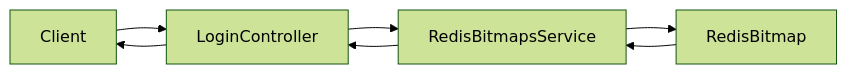
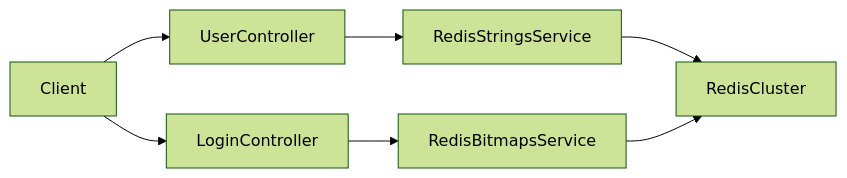
The fourth of 5 diagrams in _posts/study/sparta/designing-with-redis-and-kafka/2026-07-15-try-using-strings-and-bitmaps.md (ysiksik/ysiksik.github.io), drawn with Mermaid (forest theme) before and after one commit. The commit also changed other lines of this file and 2 other files, not shown here.

````diff
--- a/_posts/study/sparta/designing-with-redis-and-kafka/2026-07-15-try-using-strings-and-bitmaps.md
+++ b/_posts/study/sparta/designing-with-redis-and-kafka/2026-07-15-try-using-strings-and-bitmaps.md
@@ -414,18 +781,24 @@
 ```mermaid
 flowchart LR
 
-Client
+    Client
 
-LoginController
+    UserController
 
-RedisBitmapsService
+    LoginController
 
-RedisBitmap
+    RedisStringsService
 
-Client --> LoginController
-LoginController --> RedisBitmapsService
-RedisBitmapsService --> RedisBitmap
-RedisBitmap --> RedisBitmapsService
-RedisBitmapsService --> LoginController
-LoginController --> Client
+    RedisBitmapsService
+
+    RedisCluster
+
+    Client --> UserController
+    Client --> LoginController
+
+    UserController --> RedisStringsService
+    LoginController --> RedisBitmapsService
+
+    RedisStringsService --> RedisCluster
+    RedisBitmapsService --> RedisCluster
 ```
````
